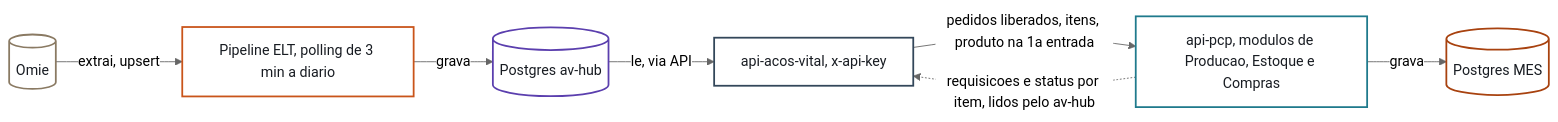
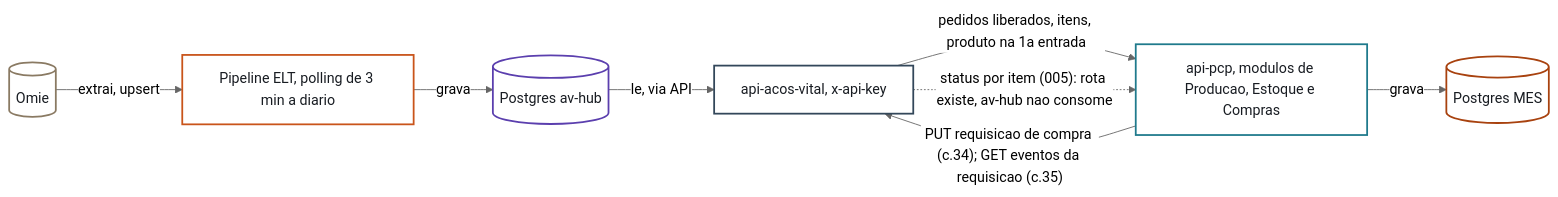
Before and after one commit to Acosvital/vault-avhub-mer: diagram 28 of 31 in 04-Arquitetura-Transversal/Diagramas-UML.md, drawn with Mermaid (neutral theme). The commit also changed other lines of this file and 1 other file, not shown here.

First line of the commit message:
docs(vault): UML e cronograma atualizados contra o codigo (08/10)

````diff
--- a/04-Arquitetura-Transversal/Diagramas-UML.md
+++ b/04-Arquitetura-Transversal/Diagramas-UML.md
@@ -1695,23 +1713,24 @@
 ```mermaid
 flowchart LR
     OMIE[("Omie")]
     ELT["Pipeline ELT, polling de 3 min a diario"]
     PGAVHUB[("Postgres av-hub")]
     GATEWAY["api-acos-vital, x-api-key"]
     MESAPI["api-pcp, modulos de Producao, Estoque e Compras"]
     PGMES[("Postgres MES")]
 
     OMIE -->|extrai, upsert| ELT
     ELT -->|grava| PGAVHUB
     PGAVHUB -->|le, via API| GATEWAY
     GATEWAY -->|"pedidos liberados, itens, produto na 1a entrada"| MESAPI
     MESAPI -->|grava| PGMES
-    MESAPI -.->|"requisicoes e status por item, lidos pelo av-hub"| GATEWAY
+    MESAPI -->|"PUT requisicao de compra (c.34); GET eventos da requisicao (c.35)"| GATEWAY
+    GATEWAY -.->|"status por item (005): rota existe, av-hub nao consome"| MESAPI
 
     style OMIE fill:#ffffff,stroke:#8a7a63,stroke-width:2px,color:#181c22
     style ELT fill:#ffffff,stroke:#c9541a,stroke-width:2px,color:#181c22
     style PGAVHUB fill:#ffffff,stroke:#5b3fae,stroke-width:2px,color:#181c22
     style GATEWAY fill:#ffffff,stroke:#33475a,stroke-width:2px,color:#181c22
     style MESAPI fill:#ffffff,stroke:#1f7a8c,stroke-width:2px,color:#181c22
     style PGMES fill:#ffffff,stroke:#a8420f,stroke-width:2px,color:#181c22
 ```
````
